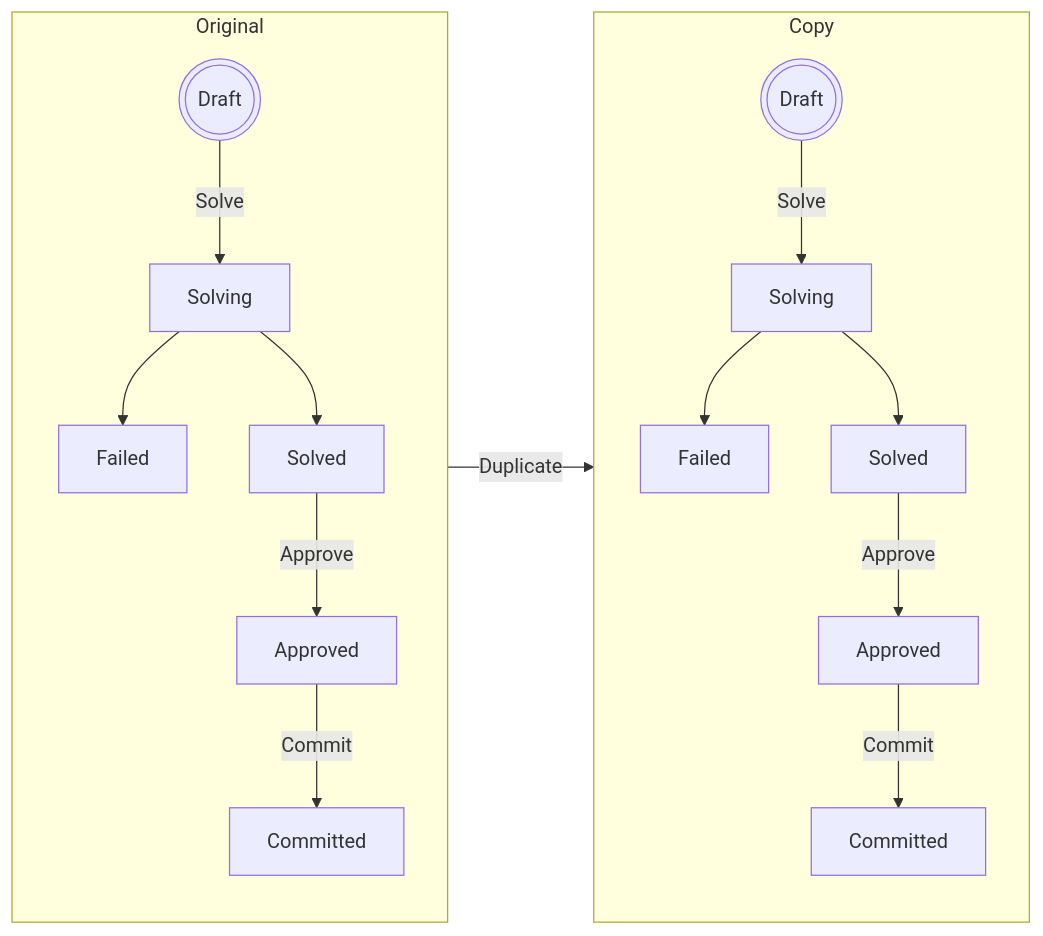
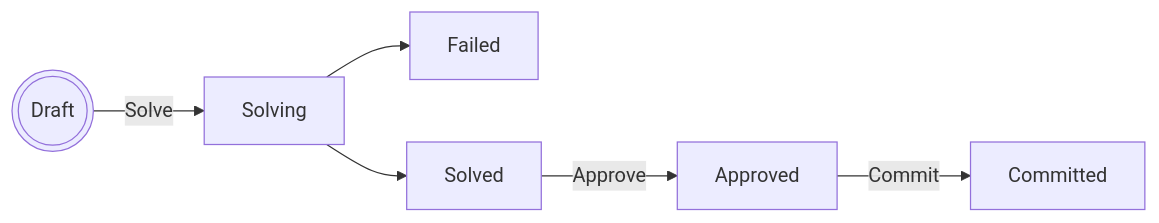
One commit to CMDBB/autoshift changed the diagram in README.md. Above: the diagram before and after it, drawn with Mermaid. The commit also changed 10 other files, not shown here.

````diff
--- a/README.md
+++ b/README.md
@@ -111,18 +111,7 @@
 ```mermaid
 flowchart LR
-  subgraph one[Original]
-    direction TB
-    A(((Draft))) -->|Solve| B[Solving]
-    B --> F[Failed] & C[Solved]
-    C -->|Approve| D[Approved]
-    D -->|Commit| E[Committed]
-  end
-  one -->|Duplicate| two
-  subgraph two[Copy]
-    direction TB
-    A'(((Draft))) -->|Solve| B'[Solving]
-    B' --> F'[Failed] & C'[Solved]
-    C' -->|Approve| D'[Approved]
-    D' -->|Commit| E'[Committed]
-  end
+  A(((Draft))) -->|Solve| B[Solving]
+  B --> F[Failed] & C[Solved]
+  C -->|Approve| D[Approved]
+  D -->|Commit| E[Committed]
 ```
````
